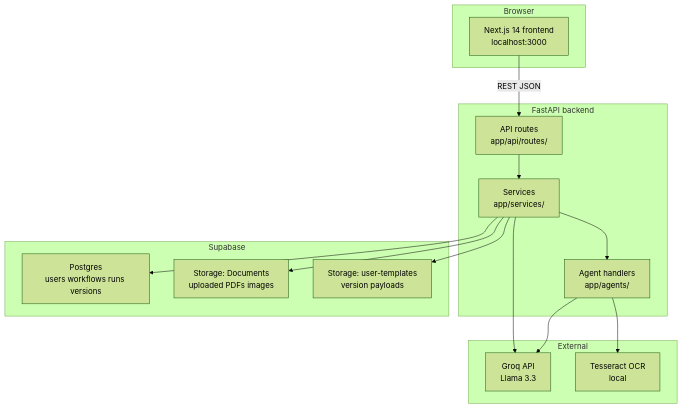
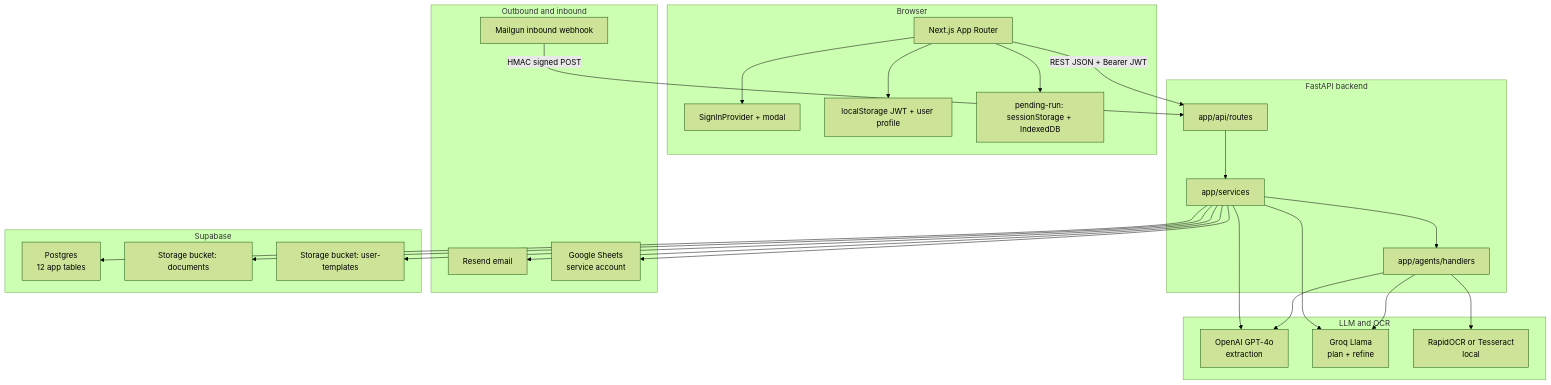
The first of 7 diagrams in ARCHITECTURE.md (DeadPixel27/agentflow), drawn with Mermaid (forest theme) before and after one commit. The commit also changed other lines of this file, not shown here.

First line of the commit message:
Expand ARCHITECTURE.md into an interview-ready system study guide.

````diff
--- a/ARCHITECTURE.md
+++ b/ARCHITECTURE.md
@@ -10,33 +59,51 @@
 ```mermaid
 flowchart TB
   subgraph client [Browser]
-    UI["Next.js 14 frontend\nlocalhost:3000"]
+    UI["Next.js App Router"]
+    SignIn["SignInProvider + modal"]
+    JWT["localStorage JWT + user profile"]
+    Pending["pending-run: sessionStorage + IndexedDB"]
+    UI --> SignIn
+    UI --> JWT
+    UI --> Pending
   end
 
   subgraph api [FastAPI backend]
-    Routes["API routes\napp/api/routes/"]
-    Services["Services\napp/services/"]
-    Agents["Agent handlers\napp/agents/"]
+    Routes["app/api/routes"]
+    Services["app/services"]
+    Agents["app/agents/handlers"]
     Routes --> Services
     Services --> Agents
   end
 
-  subgraph external [External]
-    Groq["Groq API\nLlama 3.3"]
-    Tesseract["Tesseract OCR\nlocal"]
+  subgraph llm [LLM and OCR]
+    OpenAI["OpenAI GPT-4o\nextraction"]
+    Groq["Groq Llama\nplan + refine"]
+    OCR["RapidOCR or Tesseract\nlocal"]
+  end
+
+  subgraph delivery [Outbound and inbound]
+    Resend["Resend email"]
+    Sheets["Google Sheets\nservice account"]
+    Mailgun["Mailgun inbound webhook"]
   end
 
   subgraph supabase [Supabase]
-    PG["Postgres\nusers workflows runs versions"]
-    DocStore["Storage: Documents\nuploaded PDFs images"]
-    TplStore["Storage: user-templates\nversion payloads"]
+    PG["Postgres\n12 app tables"]
+    DocBucket["Storage bucket: documents"]
+    TplBucket["Storage bucket: user-templates"]
   end
 
-  UI -->|"REST JSON"| Routes
+  UI -->|"REST JSON + Bearer JWT"| Routes
+  Services --> OpenAI
   Services --> Groq
+  Agents --> OpenAI
   Agents --> Groq
-  Agents --> Tesseract
+  Agents --> OCR
   Services --> PG
-  Services --> DocStore
-  Services --> TplStore
+  Services --> DocBucket
+  Services --> TplBucket
+  Services --> Resend
+  Services --> Sheets
+  Mailgun -->|"HMAC signed POST"| Routes
 ```
````
